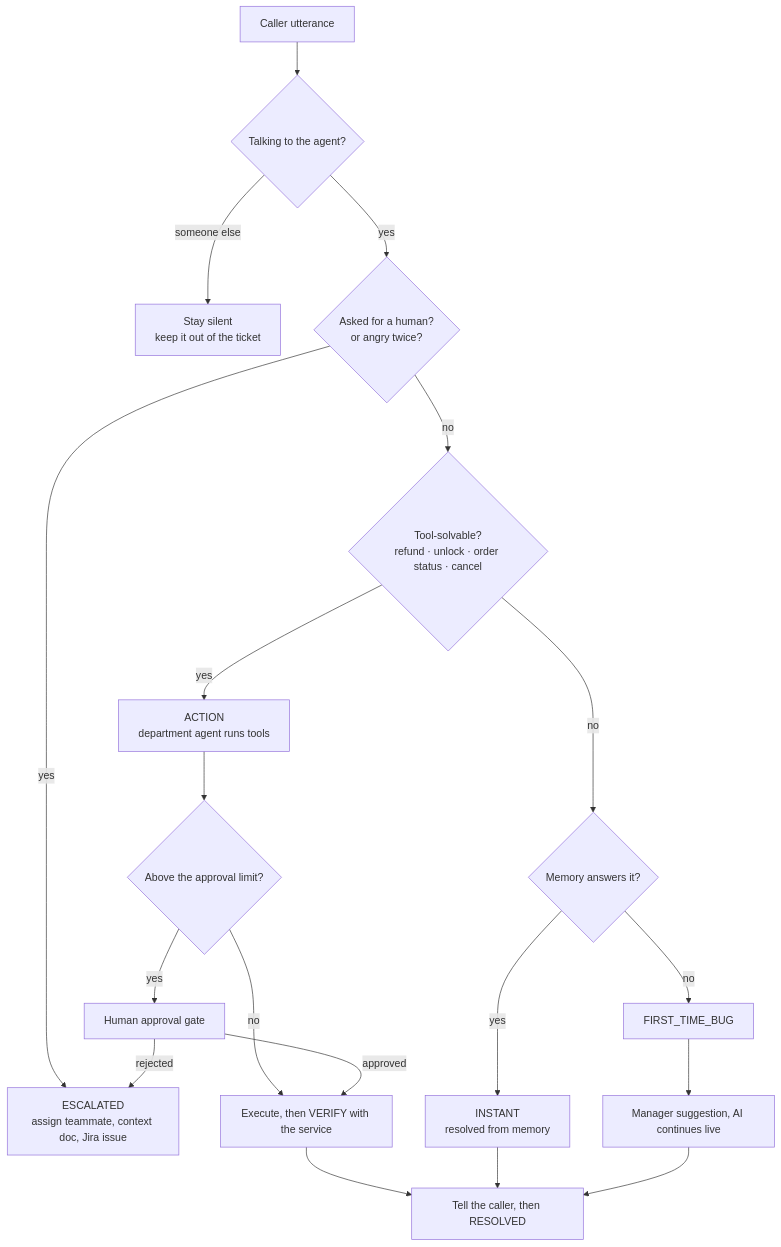
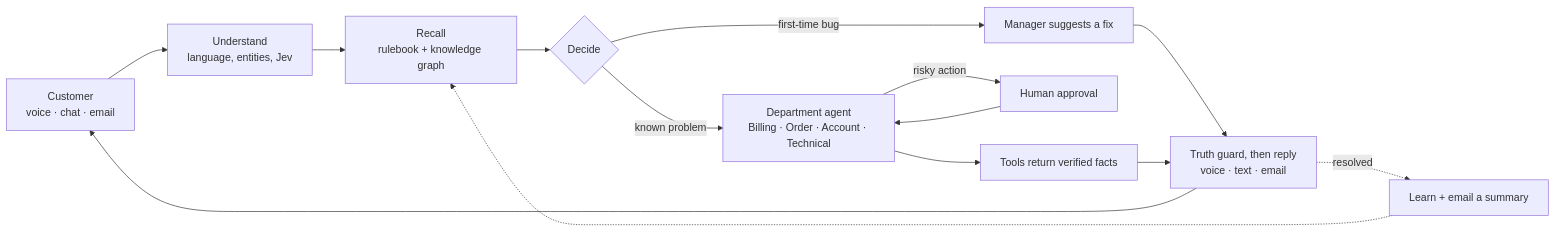
The diagram in README.md (Dua-Saeed641/Resolvyn), drawn with Mermaid before and after one commit. The commit also changed other lines of this file and 36 other files, not shown here.

````diff
--- a/README.md
+++ b/README.md
@@ -174,20 +50,16 @@
 ```mermaid
-flowchart TD
-    U["Caller utterance"] --> S{"Talking to the agent?"}
-    S -->|"someone else"| Q["Stay silent<br/>keep it out of the ticket"]
-    S -->|"yes"| H{"Asked for a human?<br/>or angry twice?"}
-    H -->|"yes"| E["ESCALATED<br/>assign teammate, context doc, Jira issue"]
-    H -->|"no"| T{"Tool-solvable?<br/>refund · unlock · order status · cancel"}
-    T -->|"yes"| A["ACTION<br/>department agent runs tools"]
-    T -->|"no"| M{"Memory answers it?"}
-    M -->|"yes"| I["INSTANT<br/>resolved from memory"]
-    M -->|"no"| X["FIRST_TIME_BUG"]
-    A --> P{"Above the approval limit?"}
-    P -->|"yes"| G["Human approval gate"]
-    P -->|"no"| V
-    G -->|"approved"| V["Execute, then VERIFY with the service"]
-    G -->|"rejected"| E
-    V --> Z["Tell the caller, then RESOLVED"]
-    I --> Z
-    X --> W["Manager suggestion, AI continues live"] --> Z
+flowchart LR
+    C["Customer<br/>voice · chat · email"] --> P["Understand<br/>language, entities, Jev"]
+    P --> M["Recall<br/>rulebook + knowledge graph"]
+    M --> D{"Decide"}
+    D -->|"known problem"| A["Department agent<br/>Billing · Order · Account · Technical"]
+    D -->|"first-time bug"| H["Manager suggests a fix"]
+    A -->|"risky action"| G["Human approval"]
+    G --> A
+    A --> T["Tools return verified facts"]
+    H --> R
+    T --> R["Truth guard, then reply<br/>voice · text · email"]
+    R --> C
+    R -. "resolved" .-> L["Learn + email a summary"]
+    L -.-> M
 ```
````
